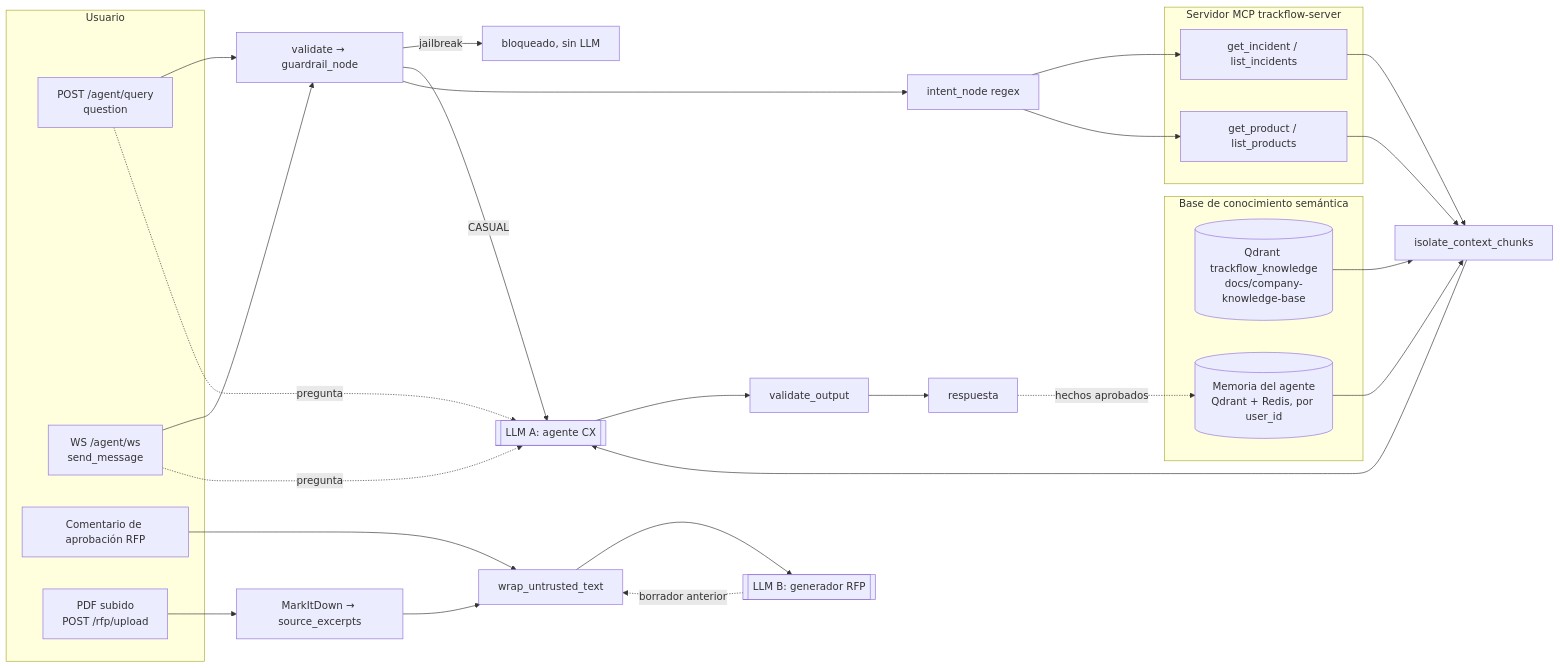
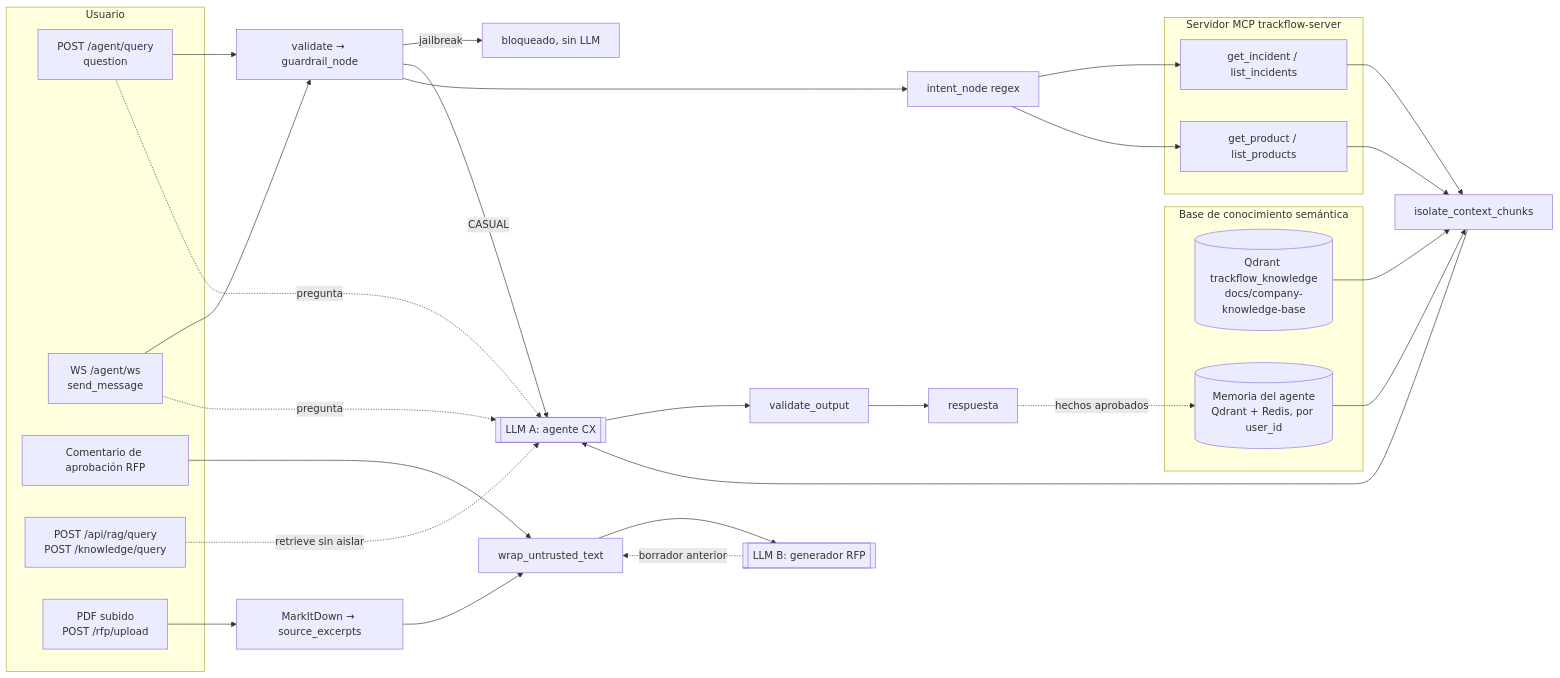
Before and after one commit to 4GeeksAcademy/sp-aie-shernandez1689-project-logistic: the diagram in docs/security/nist/README.md, drawn with Mermaid. The commit also changed other lines of this file and 17 other files, not shown here.

````diff
--- a/docs/security/nist/README.md
+++ b/docs/security/nist/README.md
@@ -253,36 +294,38 @@
 ```mermaid
 flowchart LR
   subgraph Usuario
     U1[POST /agent/query<br/>question]
     U2[WS /agent/ws<br/>send_message]
     U3[Comentario de aprobación RFP]
-    U4[PDF subido<br/>POST /rfp/upload]
+    U4[POST /api/rag/query<br/>POST /knowledge/query]
+    PDF[PDF subido<br/>POST /rfp/upload]
   end
   subgraph KB[Base de conocimiento semántica]
     K1[(Qdrant trackflow_knowledge<br/>docs/company-knowledge-base)]
     K2[(Memoria del agente<br/>Qdrant + Redis, por user_id)]
   end
   subgraph MCP[Servidor MCP trackflow-server]
     T1[get_incident / list_incidents]
     T2[get_product / list_products]
   end
 
   U1 --> G[validate → guardrail_node]
   U2 --> G
   G -->|jailbreak| X[bloqueado, sin LLM]
   G -->|CASUAL| LLMa
   G --> I[intent_node regex]
   I --> T1 & T2
   T1 & T2 --> ISO[isolate_context_chunks]
   K1 --> ISO
   K2 --> ISO
   ISO --> LLMa[[LLM A: agente CX]]
   U1 & U2 -. pregunta .-> LLMa
   LLMa --> VO[validate_output] --> R[respuesta]
   R -. hechos aprobados .-> K2
 
-  U4 --> MD[MarkItDown → source_excerpts] --> W[wrap_untrusted_text]
+  U4 -. retrieve sin aislar .-> LLMa
+  PDF --> MD[MarkItDown → source_excerpts] --> W[wrap_untrusted_text]
   U3 --> W
   W --> LLMb[[LLM B: generador RFP]]
   LLMb -. borrador anterior .-> W
 ```
````
